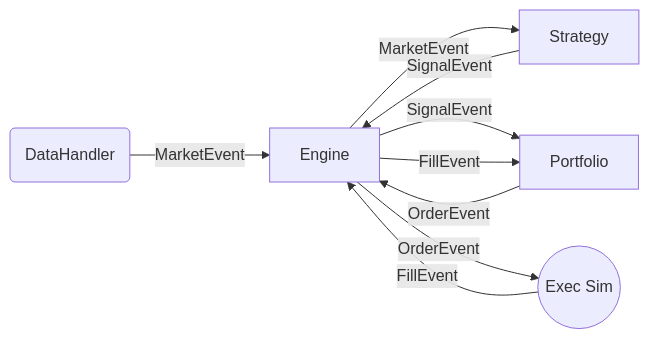
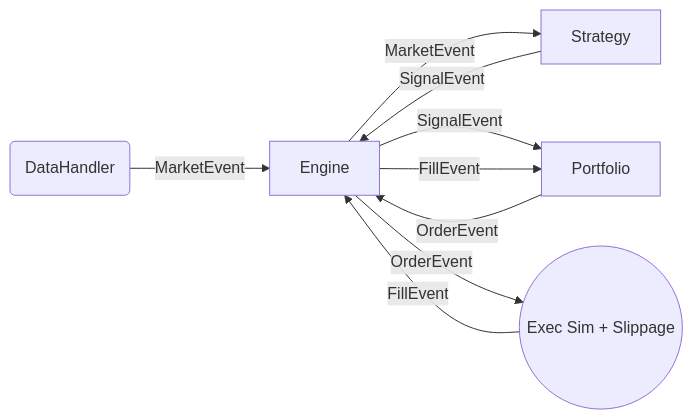
One commit to Liuck27/quant-backtester changed the diagram in README.md. Above: the diagram before and after it, drawn with Mermaid. The commit also changed other lines of this file, not shown here.

````diff
--- a/README.md
+++ b/README.md
@@ -19,11 +19,11 @@
 ```mermaid
 graph LR
     Data(DataHandler) -->|MarketEvent| Engine
     Engine -->|MarketEvent| Strategy
     Strategy -->|SignalEvent| Engine
     Engine -->|SignalEvent| Portfolio
     Portfolio -->|OrderEvent| Engine
-    Engine -->|OrderEvent| Execution((Exec Sim))
+    Engine -->|OrderEvent| Execution((Exec Sim + Slippage))
     Execution -->|FillEvent| Engine
     Engine -->|FillEvent| Portfolio
 ```
````
